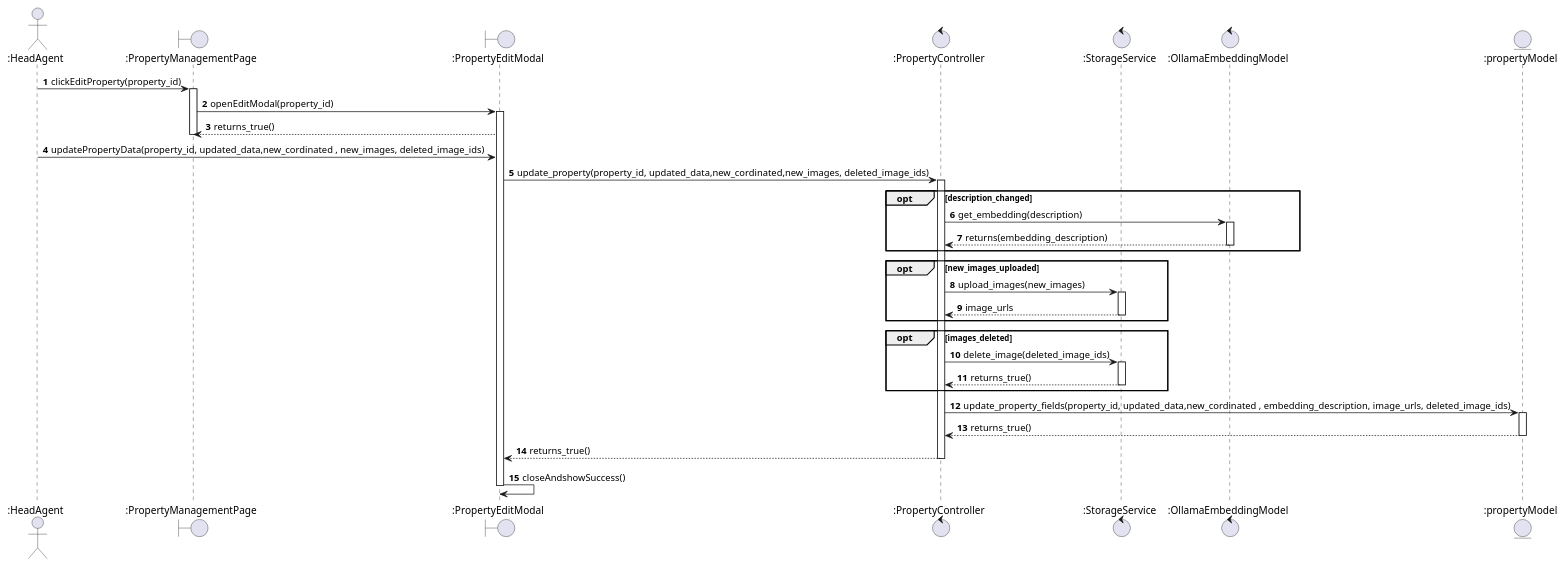
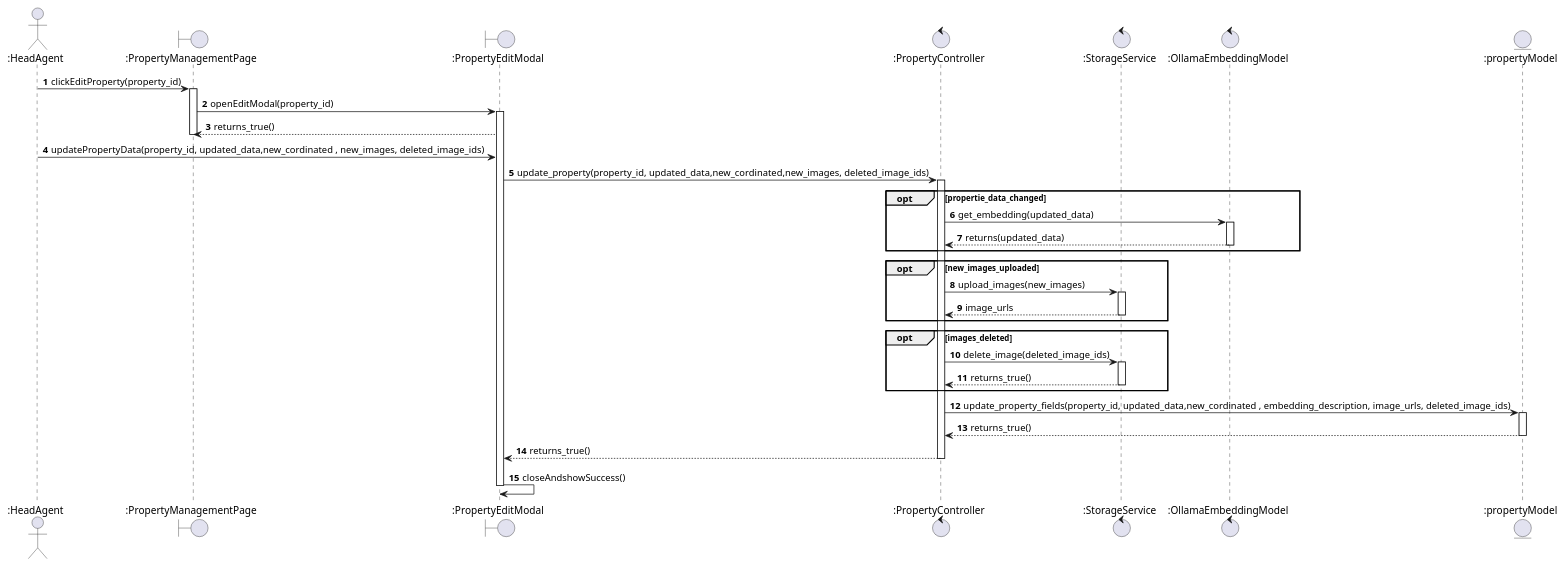
Before and after one commit to israhadjhassine/Graduation-Project-real-estate-automation: the diagram in docs/sequence_diagram_edit_property.puml, drawn with PlantUML. The commit also changed 44 other files, not shown here.

```diff
--- a/docs/sequence_diagram_edit_property.puml
+++ b/docs/sequence_diagram_edit_property.puml
@@ -1,56 +1,56 @@
 @startuml
 autonumber
 
 actor ":HeadAgent" as HeadAgent
 boundary ":PropertyManagementPage" as PropertyManagementPage
 boundary ":PropertyEditModal" as PropertyModal
 control ":PropertyController" as PropertyController
 control ":StorageService" as StorageService
 control ":OllamaEmbeddingModel" as OllamaEmbeddingModel
 entity ":propertyModel" as propertyModel
 
 HeadAgent -> PropertyManagementPage : clickEditProperty(property_id)
 activate PropertyManagementPage
 
 PropertyManagementPage -> PropertyModal : openEditModal(property_id)
 activate PropertyModal
 PropertyManagementPage <-- PropertyModal : returns_true()
 deactivate PropertyManagementPage
 
 HeadAgent -> PropertyModal : updatePropertyData(property_id, updated_data,new_cordinated , new_images, deleted_image_ids)
 
 PropertyModal -> PropertyController : update_property(property_id, updated_data,new_cordinated,new_images, deleted_image_ids)
 activate PropertyController
 
-opt description_changed
-    PropertyController -> OllamaEmbeddingModel : get_embedding(description)
+opt propertie_data_changed
+    PropertyController -> OllamaEmbeddingModel : get_embedding(updated_data)
     activate OllamaEmbeddingModel
-    OllamaEmbeddingModel --> PropertyController : returns(embedding_description)
+    OllamaEmbeddingModel --> PropertyController : returns(updated_data)
     deactivate OllamaEmbeddingModel
 end
 
 opt new_images_uploaded
     PropertyController -> StorageService : upload_images(new_images)
     activate StorageService
     StorageService --> PropertyController : image_urls
     deactivate StorageService
 end
 
 opt images_deleted
     PropertyController -> StorageService : delete_image(deleted_image_ids)
     activate StorageService
     StorageService --> PropertyController : returns_true()
     deactivate StorageService
 end
 
 PropertyController -> propertyModel : update_property_fields(property_id, updated_data,new_cordinated , embedding_description, image_urls, deleted_image_ids)
 activate propertyModel
 propertyModel --> PropertyController : returns_true()
 deactivate propertyModel
 
 PropertyController --> PropertyModal : returns_true()
 deactivate PropertyController
 
 PropertyModal -> PropertyModal : closeAndshowSuccess()
 deactivate PropertyModal
 @enduml
```
